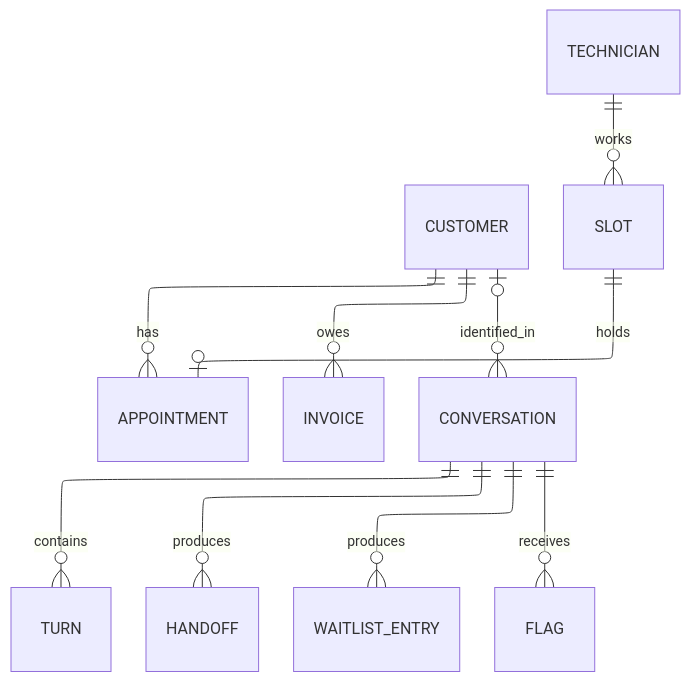
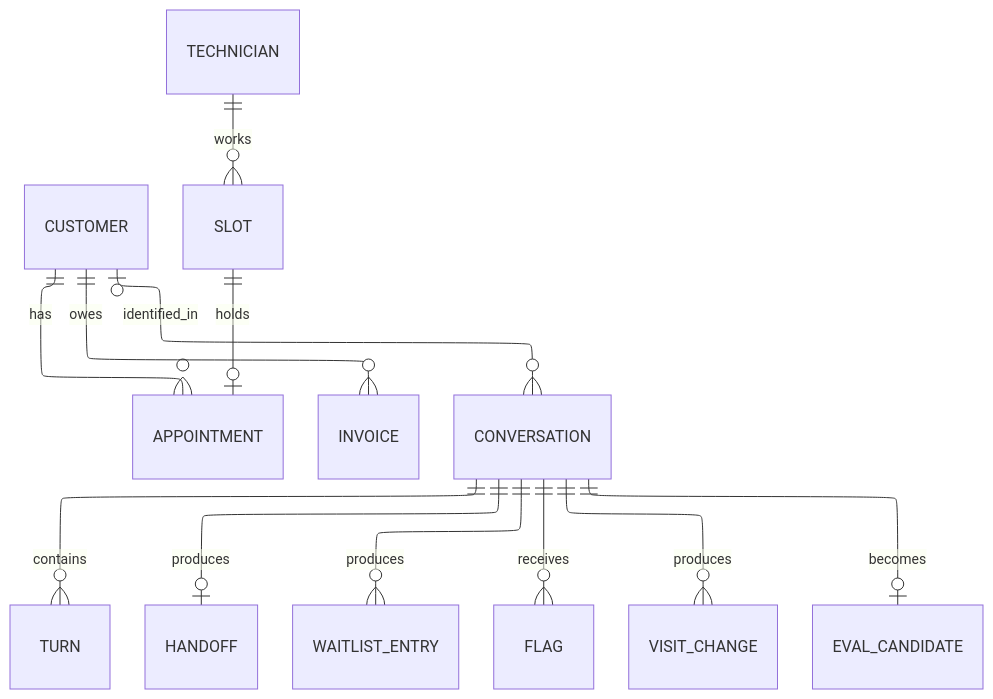
One commit to ThinkBuildMake/aea-fde-challenge changed the second of 3 diagrams in docs/HIGH_LEVEL_DESIGN.md. Above: the diagram before and after it, drawn with Mermaid. The commit also changed other lines of this file and 6 other files, not shown here.

````diff
--- a/docs/HIGH_LEVEL_DESIGN.md
+++ b/docs/HIGH_LEVEL_DESIGN.md
@@ -84,16 +87,18 @@
 ```mermaid
 ---
 config:
   layout: elk
 ---
 erDiagram
   CUSTOMER ||--o{ APPOINTMENT : has
   CUSTOMER ||--o{ INVOICE : owes
   TECHNICIAN ||--o{ SLOT : works
   SLOT ||--o| APPOINTMENT : holds
   CUSTOMER |o--o{ CONVERSATION : identified_in
   CONVERSATION ||--o{ TURN : contains
-  CONVERSATION ||--o{ HANDOFF : produces
+  CONVERSATION ||--o| HANDOFF : produces
   CONVERSATION ||--o{ WAITLIST_ENTRY : produces
   CONVERSATION ||--o{ FLAG : receives
+  CONVERSATION ||--o{ VISIT_CHANGE : produces
+  CONVERSATION ||--o| EVAL_CANDIDATE : becomes
 ```
````
